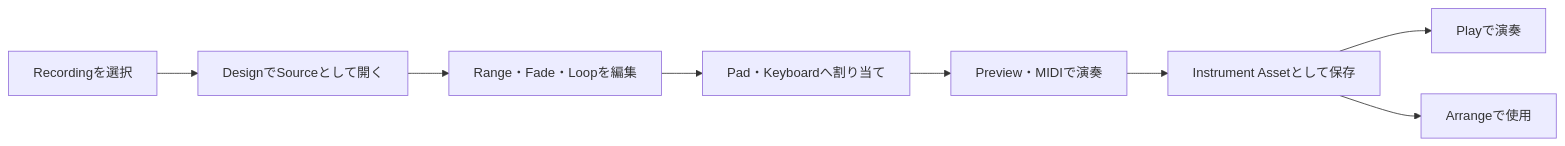
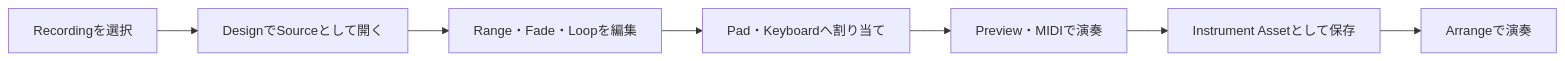
One commit to endo-ly/riffra changed the ninth of 12 diagrams in docs/ui-ux-design/ui-ux-design.md. Above: the diagram before and after it, drawn with Mermaid. The commit also changed other lines of this file and 10 other files, not shown here.

Commit message:
docs: merge Play into Arrange and add headless CLI protocol

````diff
--- a/docs/ui-ux-design/ui-ux-design.md
+++ b/docs/ui-ux-design/ui-ux-design.md
@@ -512,10 +525,9 @@
 ```mermaid
 flowchart LR
     INBOX["Recordingを選択"] --> SOURCE["DesignでSourceとして開く"]
     SOURCE --> EDIT["Range・Fade・Loopを編集"]
     EDIT --> MAP["Pad・Keyboardへ割り当て"]
     MAP --> PREVIEW["Preview・MIDIで演奏"]
     PREVIEW --> SAVE["Instrument Assetとして保存"]
-    SAVE --> PLAY["Playで演奏"]
-    SAVE --> ARRANGE["Arrangeで使用"]
+    SAVE --> ARRANGE["Arrangeで演奏"]
 ```
````
